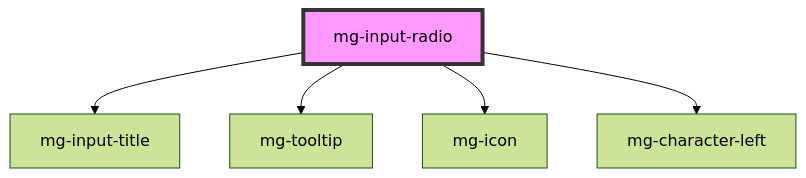
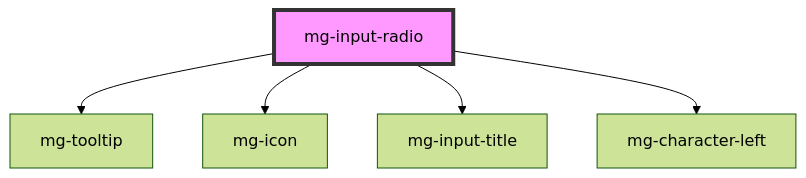
Before and after one commit to MGDIS/mg-components: the diagram in src/components/molecules/inputs/mg-input-radio/readme.md, drawn with Mermaid (forest theme). The commit also changed other lines of this file and 50 other files, not shown here.

````diff
--- a/src/components/molecules/inputs/mg-input-radio/readme.md
+++ b/src/components/molecules/inputs/mg-input-radio/readme.md
@@ -44,8 +44,8 @@
 ```mermaid
 graph TD;
-  mg-input-radio --> mg-input-title
   mg-input-radio --> mg-tooltip
   mg-input-radio --> mg-icon
+  mg-input-radio --> mg-input-title
   mg-input-radio --> mg-character-left
   style mg-input-radio fill:#f9f,stroke:#333,stroke-width:4px
 ```
````
